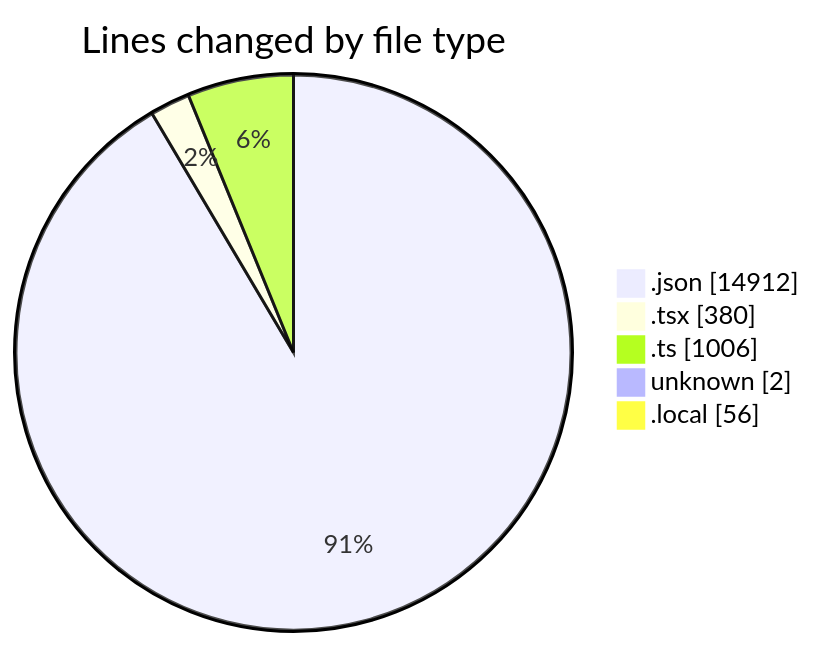
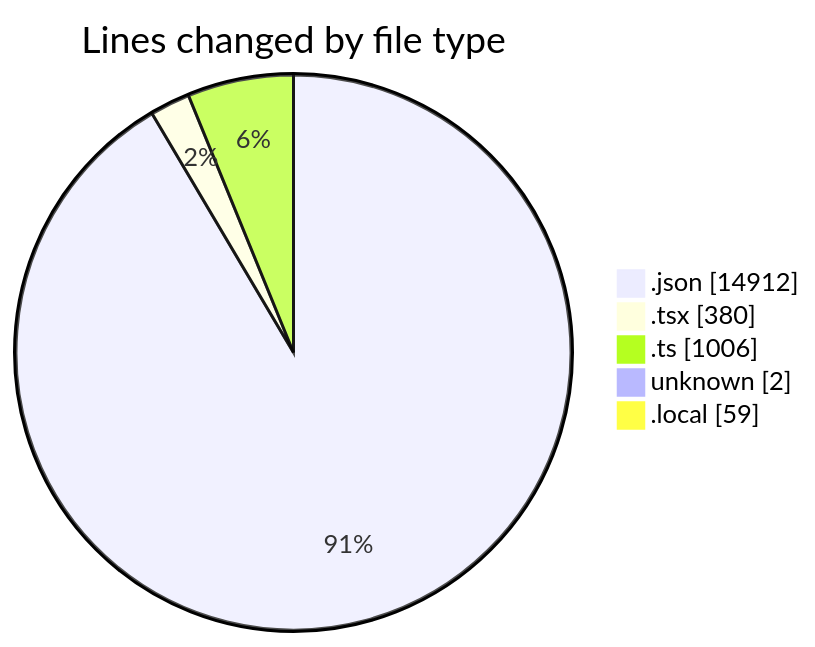
One commit to julien-gomy/code-tracking changed the first of 2 diagrams in 2025-11-19/eventscop-frontend-guide__workspace_/README.md. Above: the diagram before and after it, drawn with Mermaid. The commit also changed other lines of this file and 1 other file, not shown here.

````diff
--- a/2025-11-19/eventscop-frontend-guide__workspace_/README.md
+++ b/2025-11-19/eventscop-frontend-guide__workspace_/README.md
@@ -51,9 +51,9 @@
 ```mermaid
 pie showData
 title Lines changed by file type
 ".json" : 14912
 ".tsx" : 380
 ".ts" : 1006
 "unknown" : 2
-".local" : 56
+".local" : 59
 ```
````
